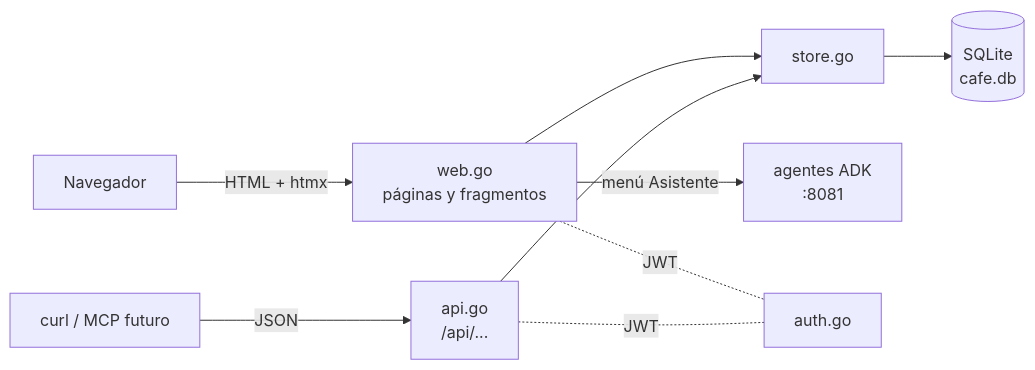
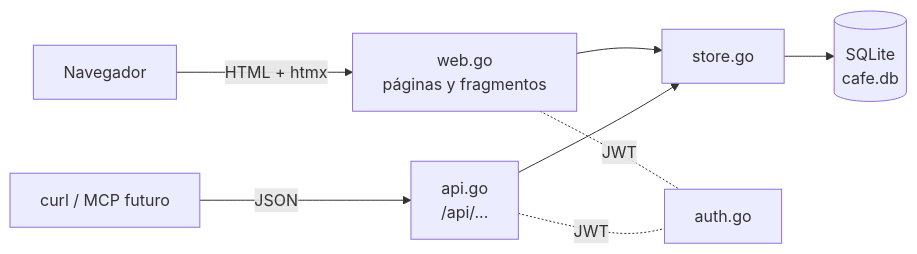
Before and after one commit to alexyslozada/course-adk: the diagram in cafe_app/app/README.md, drawn with Mermaid. The commit also changed other lines of this file and 48 other files, not shown here.

````diff
--- a/cafe_app/app/README.md
+++ b/cafe_app/app/README.md
@@ -5,10 +5,9 @@
 ```mermaid
 graph LR
     N[Navegador] -- "HTML + htmx" --> W[web.go<br/>páginas y fragmentos]
     C[curl / MCP futuro] -- "JSON" --> A[api.go<br/>/api/...]
     W --> S[store.go]
     A --> S
     S --> DB[(SQLite<br/>cafe.db)]
-    W -- "menú Asistente" --> AG[agentes ADK<br/>:8081]
     W & A -. "JWT" .- AU[auth.go]
 ```
````
